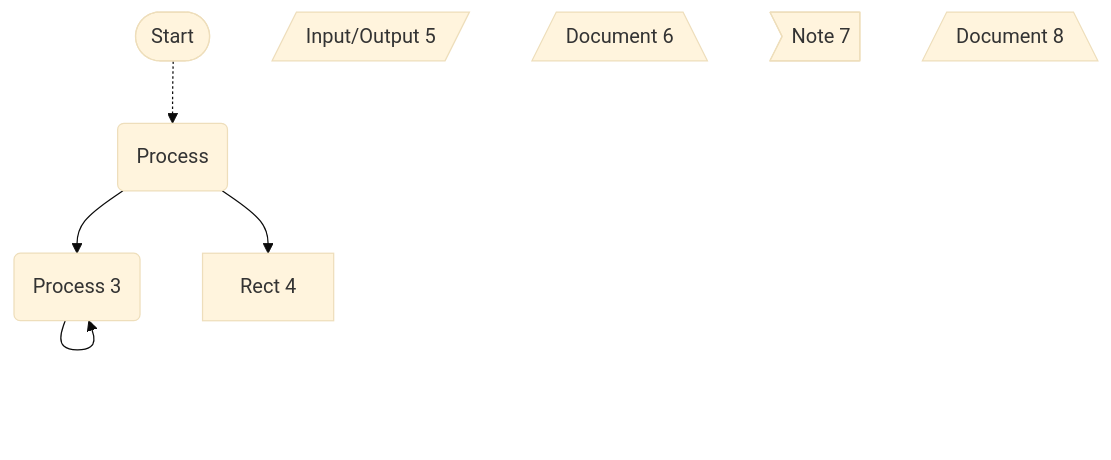
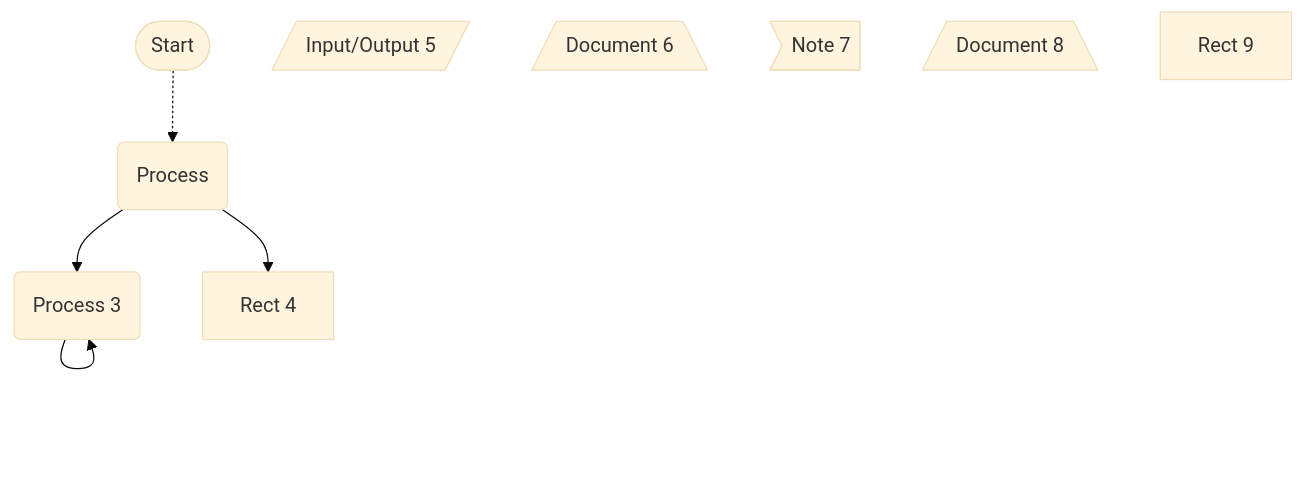
Before and after one commit to pingpm/mermaid_vault: the diagram in mmd/流程图_3c82e5dc-80e4-4b41-a50d-f90f98ff5790.mmd, drawn with Mermaid (base theme). The commit also changed 2 other files, not shown here.

Commit message:
Sync Mermaid Studio data (12 diagrams)

```diff
--- a/mmd/流程图_3c82e5dc-80e4-4b41-a50d-f90f98ff5790.mmd
+++ b/mmd/流程图_3c82e5dc-80e4-4b41-a50d-f90f98ff5790.mmd
@@ -1,13 +1,14 @@
 graph TD
   start(["Start"])
   1("Process")
   2b55b8de-e64f-48f1-a8b6-94cca48b33d2("Process 3")
   f836676b-fb2c-4936-a911-d066d325c8e0["Rect 4"]
   7f7d8cb8-27fd-45d9-8d2e-dd3c2a474f13[/"Input/Output 5"/]
   c08d4eab-03ff-4bb2-8d24-cee61d141f9d[/"Document 6"\]
   cacbf4fd-8267-4e6e-acf7-b18af6489a9a>"Note 7"]
   34b56764-0d96-4aae-a160-b1c1707fb3df[/"Document 8"\]
+  cd307345-a2eb-40e4-8f4c-f274dbcdef02["Rect 9"]
   start -.-> 1
   2b55b8de-e64f-48f1-a8b6-94cca48b33d2 --> 2b55b8de-e64f-48f1-a8b6-94cca48b33d2
   1 --> 2b55b8de-e64f-48f1-a8b6-94cca48b33d2
   1 --> f836676b-fb2c-4936-a911-d066d325c8e0
```
